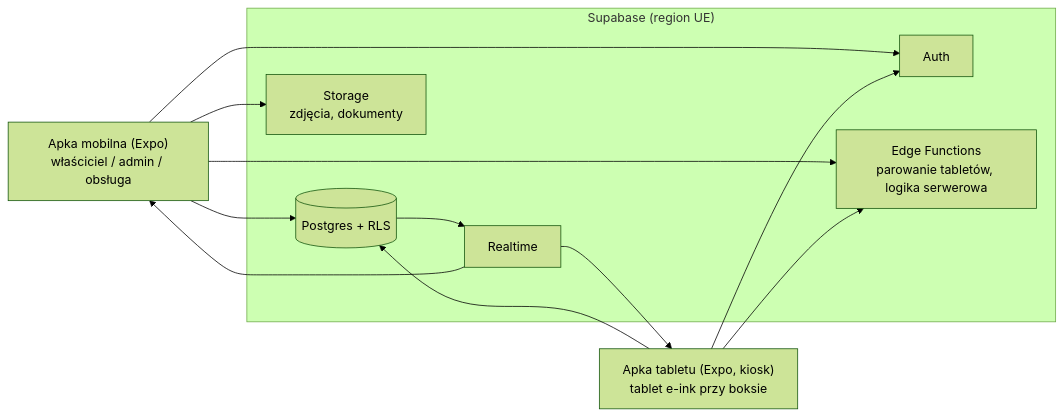
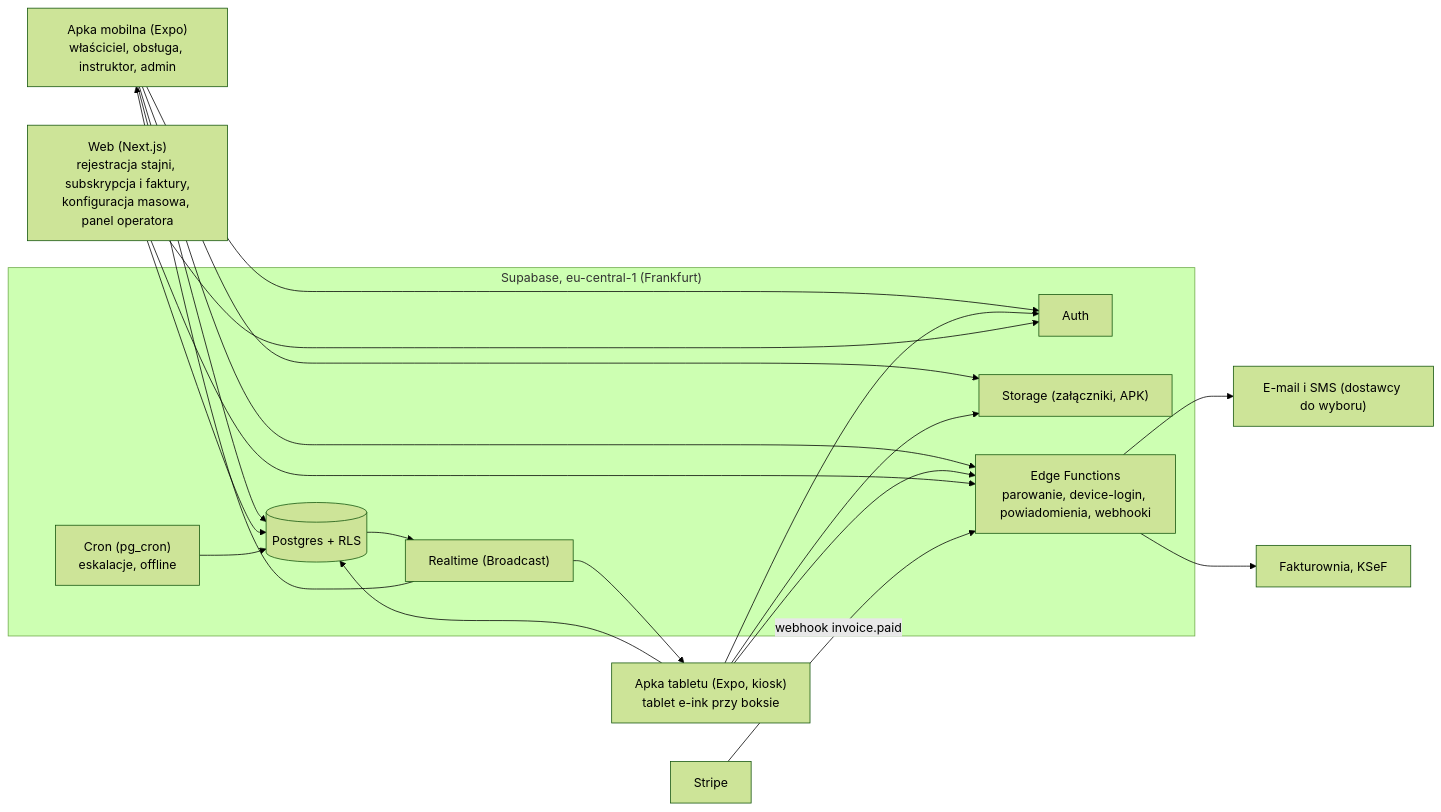
One commit to ClewlerStudent/KonskaAppka changed the second of 4 diagrams in docs/analiza.md. Above: the diagram before and after it, drawn with Mermaid (forest theme). The commit also changed other lines of this file, not shown here.

````diff
--- a/docs/analiza.md
+++ b/docs/analiza.md
@@ -101,22 +355,23 @@
 ```mermaid
 flowchart LR
-    M["Apka mobilna (Expo)<br/>właściciel / admin / obsługa"]
+    M["Apka mobilna (Expo)<br/>właściciel, obsługa, instruktor, admin"]
     T["Apka tabletu (Expo, kiosk)<br/>tablet e-ink przy boksie"]
-    subgraph SB["Supabase (region UE)"]
+    W["Web (Next.js)<br/>rejestracja stajni, subskrypcja i faktury,<br/>konfiguracja masowa, panel operatora"]
+    subgraph SB["Supabase, eu-central-1 (Frankfurt)"]
         AUTH["Auth"]
         DB[("Postgres + RLS")]
-        RT["Realtime"]
-        ST["Storage<br/>zdjęcia, dokumenty"]
-        EF["Edge Functions<br/>parowanie tabletów, logika serwerowa"]
+        RT["Realtime (Broadcast)"]
+        ST["Storage (załączniki, APK)"]
+        EF["Edge Functions<br/>parowanie, device-login, powiadomienia, webhooki"]
+        CR["Cron (pg_cron)<br/>eskalacje, offline"]
     end
-    M --> AUTH
-    M --> DB
-    M --> ST
-    M --> EF
-    T --> AUTH
-    T --> DB
-    T --> EF
-    DB --> RT
-    RT --> T
-    RT --> M
+    STR["Stripe"]
+    FV["Fakturownia, KSeF"]
+    MSG["E-mail i SMS (dostawcy do wyboru)"]
+    M & T & W --> AUTH & DB & EF
+    M & T --> ST
+    DB --> RT --> T & M
+    CR --> DB
+    EF --> MSG
+    STR -->|"webhook invoice.paid"| EF --> FV
 ```
````
